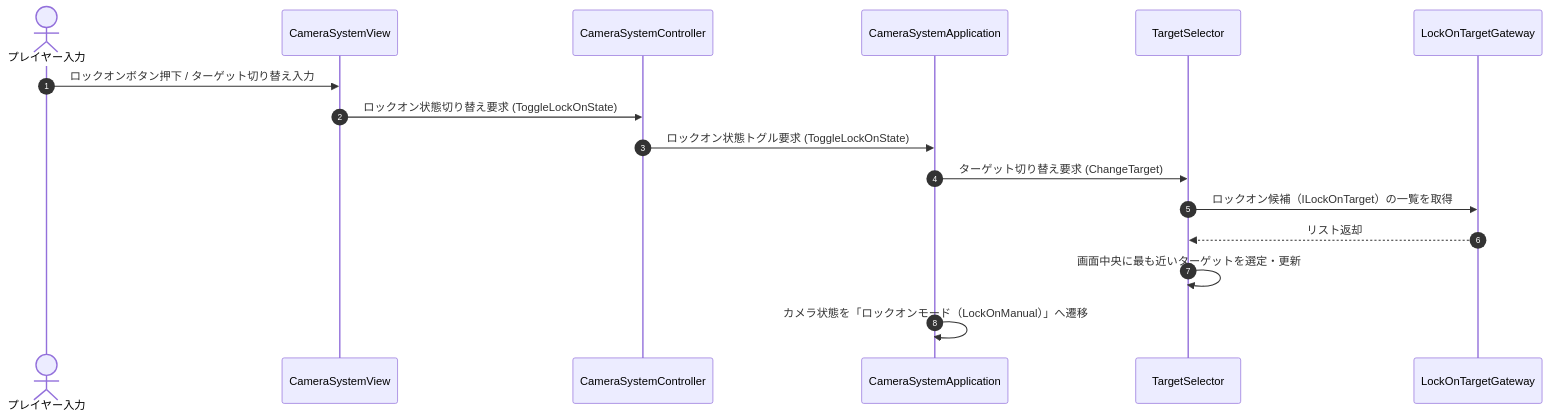
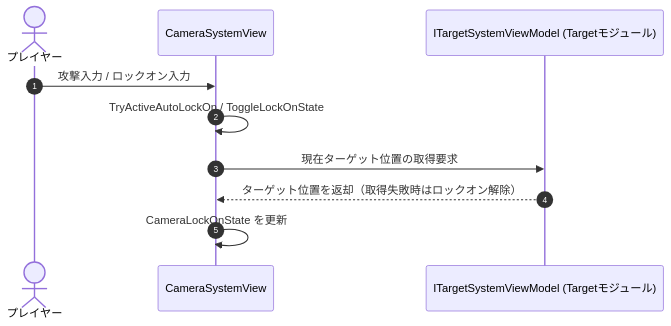
Before and after one commit to HIBIKI5201/SymphonyKillChord: the third of 3 diagrams in Assets/Docs/ScriptsDocs/Modules/NotionModuleDocs/Camera.md, drawn with Mermaid. The commit also changed other lines of this file and 60 other files, not shown here.

````diff
--- a/Assets/Docs/ScriptsDocs/Modules/NotionModuleDocs/Camera.md
+++ b/Assets/Docs/ScriptsDocs/Modules/NotionModuleDocs/Camera.md
@@ -139,19 +133,13 @@
 ```mermaid
 sequenceDiagram
     autonumber
-    actor Player as プレイヤー入力
+    actor Player as プレイヤー
     participant CSView as CameraSystemView
-    participant CSCont as CameraSystemController
-    participant CSApp as CameraSystemApplication
-    participant TS as TargetSelector
-    participant LOTG as LockOnTargetGateway
+    participant TargetVM as ITargetSystemViewModel (Targetモジュール)
 
-    Player ->> CSView: ロックオンボタン押下 / ターゲット切り替え入力
-    CSView ->> CSCont: ロックオン状態切り替え要求 (ToggleLockOnState)
-    CSCont ->> CSApp: ロックオン状態トグル要求 (ToggleLockOnState)
-    CSApp ->> TS: ターゲット切り替え要求 (ChangeTarget)
-    TS ->> LOTG: ロックオン候補（ILockOnTarget）の一覧を取得
-    LOTG -->> TS: リスト返却
-    TS ->> TS: 画面中央に最も近いターゲットを選定・更新
-    CSApp ->> CSApp: カメラ状態を「ロックオンモード（LockOnManual）」へ遷移
+    Player ->> CSView: 攻撃入力 / ロックオン入力
+    CSView ->> CSView: TryActiveAutoLockOn / ToggleLockOnState
+    CSView ->> TargetVM: 現在ターゲット位置の取得要求
+    TargetVM -->> CSView: ターゲット位置を返却（取得失敗時はロックオン解除）
+    CSView ->> CSView: CameraLockOnState を更新
 ```
````
